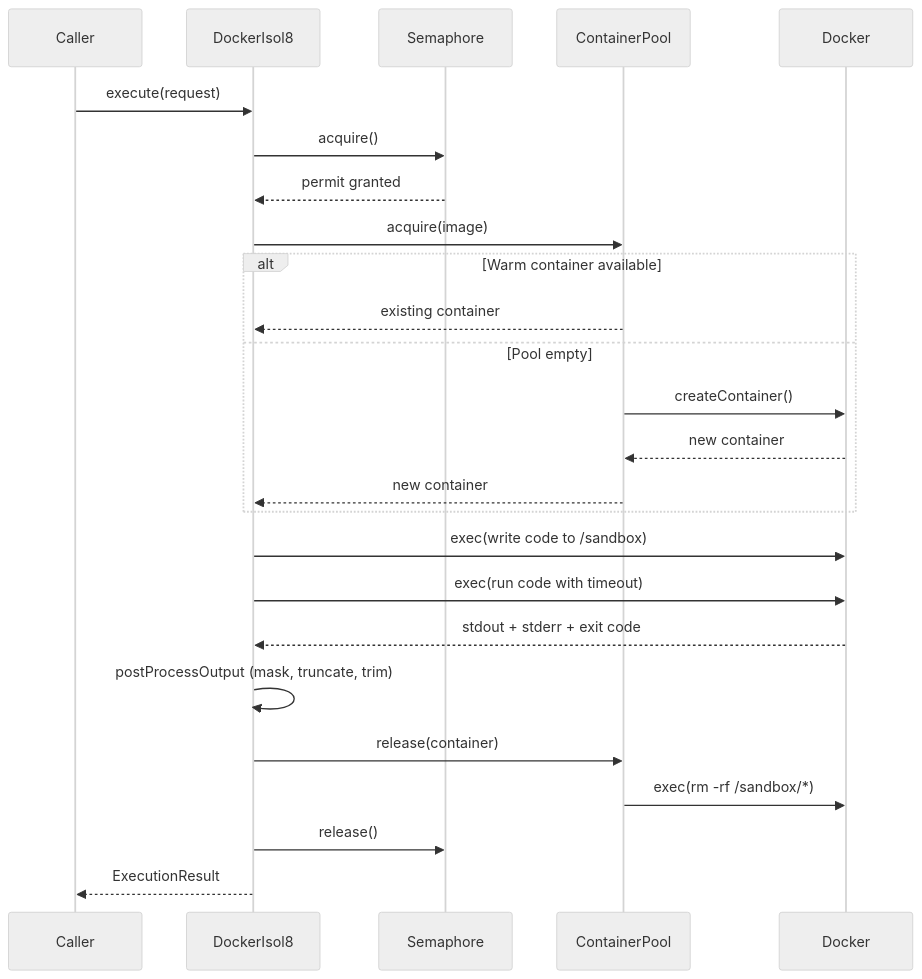
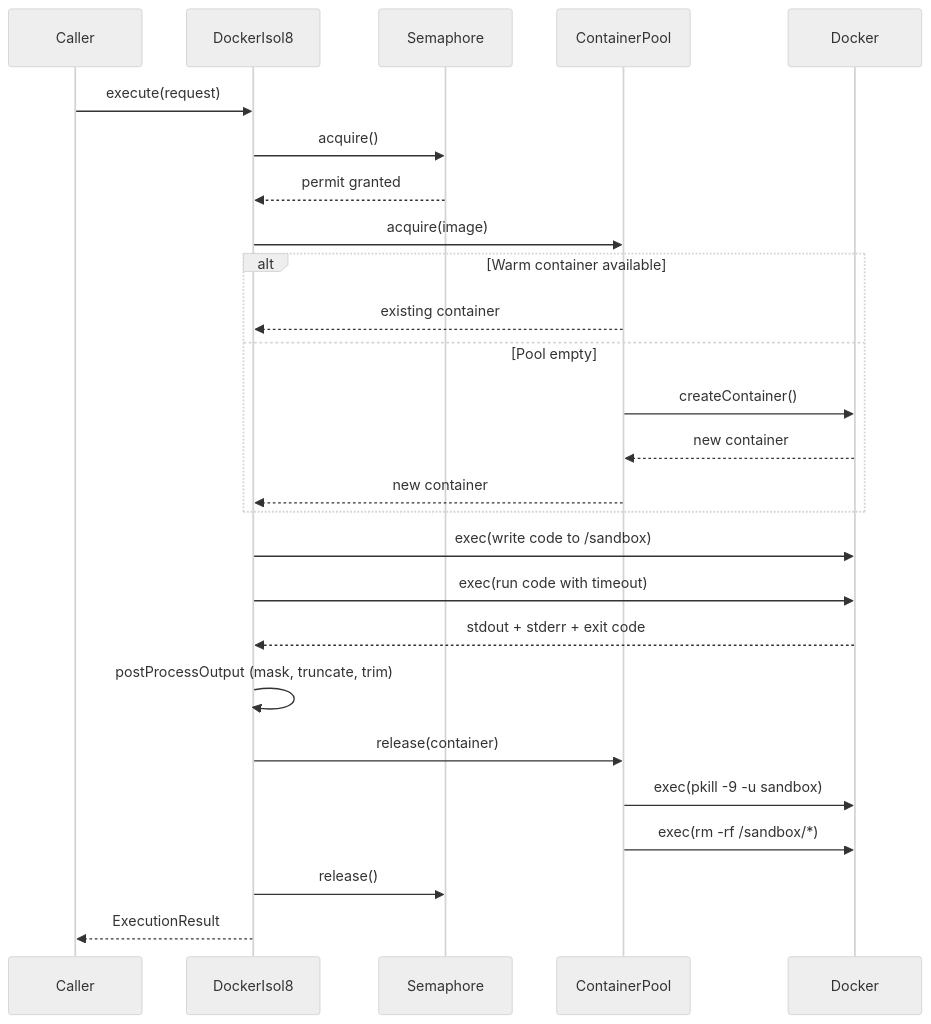
Before and after one commit to Illusion47586/isol8: the second of 10 diagrams in docs/architecture.mdx, drawn with Mermaid (neutral theme). The commit also changed other lines of this file and 13 other files, not shown here.

````diff
--- a/docs/architecture.mdx
+++ b/docs/architecture.mdx
@@ -71,28 +71,29 @@
 ```mermaid
 sequenceDiagram
     participant Caller
     participant Engine as DockerIsol8
     participant Sem as Semaphore
     participant Pool as ContainerPool
     participant Docker
 
     Caller->>Engine: execute(request)
     Engine->>Sem: acquire()
     Sem-->>Engine: permit granted
     Engine->>Pool: acquire(image)
     alt Warm container available
         Pool-->>Engine: existing container
     else Pool empty
         Pool->>Docker: createContainer()
         Docker-->>Pool: new container
         Pool-->>Engine: new container
     end
     Engine->>Docker: exec(write code to /sandbox)
     Engine->>Docker: exec(run code with timeout)
     Docker-->>Engine: stdout + stderr + exit code
     Engine->>Engine: postProcessOutput (mask, truncate, trim)
     Engine->>Pool: release(container)
+    Pool->>Docker: exec(pkill -9 -u sandbox)
     Pool->>Docker: exec(rm -rf /sandbox/*)
     Engine->>Sem: release()
     Engine-->>Caller: ExecutionResult
 ```
````
